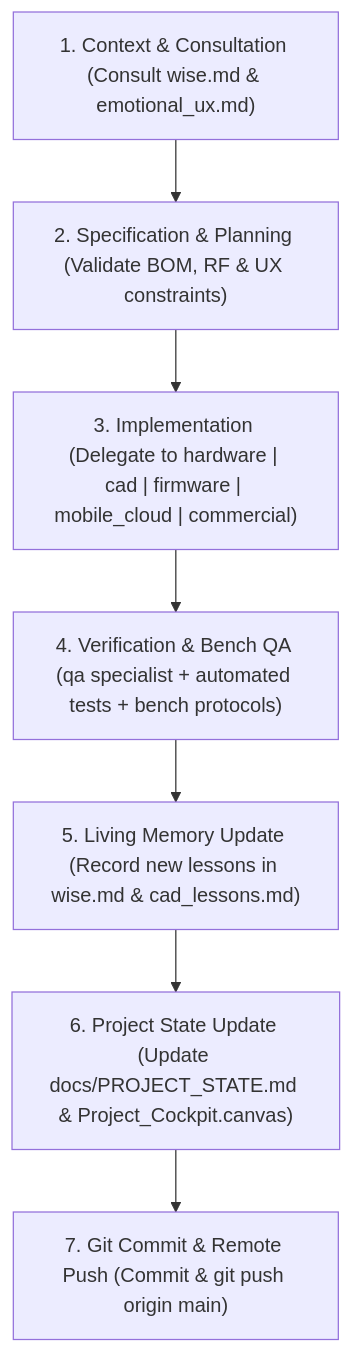
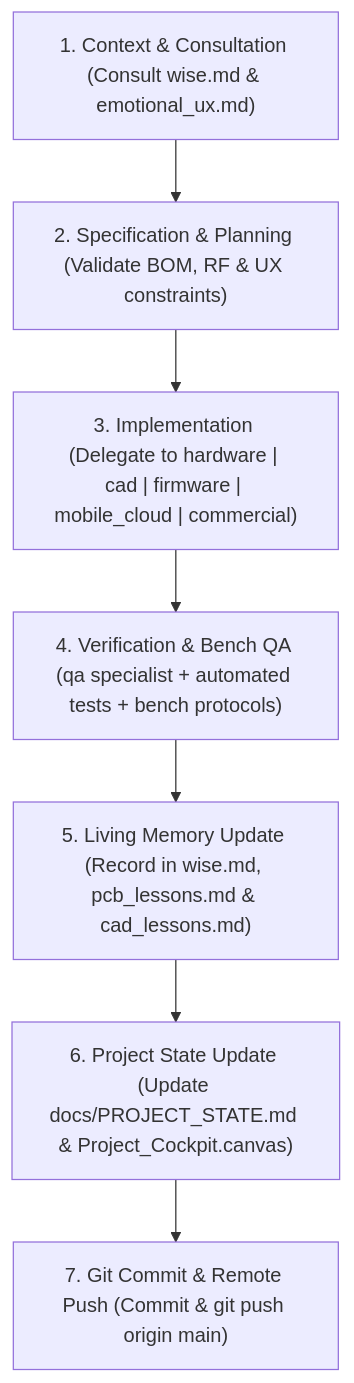
Before and after one commit to robindelis/Smart-Crossword-: the diagram in AGENTS.md, drawn with Mermaid. The commit also changed other lines of this file and 6 other files, not shown here.

Commit message:
docs(memory): codify PCB & RF layout lessons into long-term living memory

````diff
--- a/AGENTS.md
+++ b/AGENTS.md
@@ -40,9 +40,9 @@
 ```mermaid
 graph TD
     A["1. Context & Consultation (Consult wise.md & emotional_ux.md)"] --> B["2. Specification & Planning (Validate BOM, RF & UX constraints)"]
     B --> C["3. Implementation (Delegate to hardware | cad | firmware | mobile_cloud | commercial)"]
     C --> D["4. Verification & Bench QA (qa specialist + automated tests + bench protocols)"]
-    D --> E["5. Living Memory Update (Record new lessons in wise.md & cad_lessons.md)"]
+    D --> E["5. Living Memory Update (Record in wise.md, pcb_lessons.md & cad_lessons.md)"]
     E --> F["6. Project State Update (Update docs/PROJECT_STATE.md & Project_Cockpit.canvas)"]
     F --> G["7. Git Commit & Remote Push (Commit & git push origin main)"]
 ```
````
